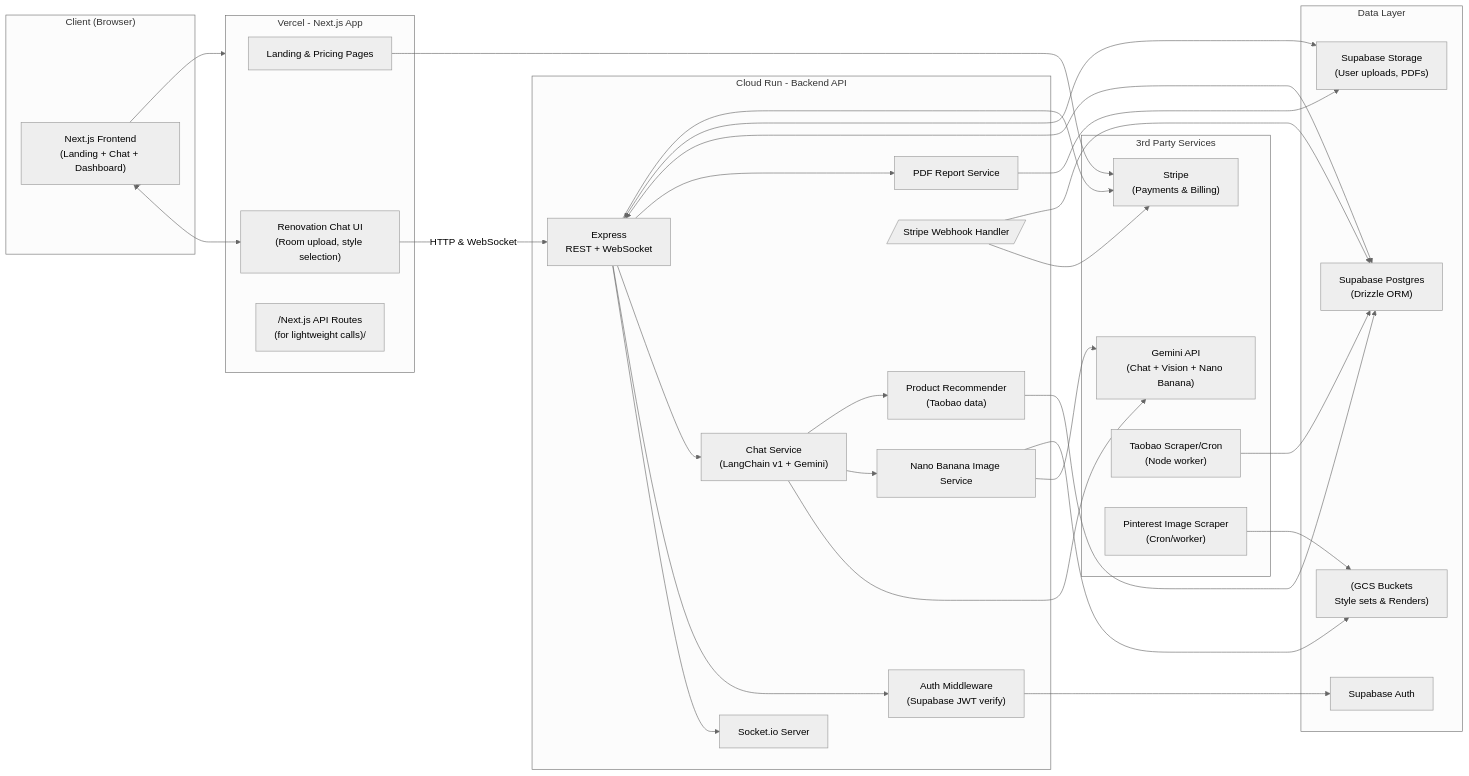
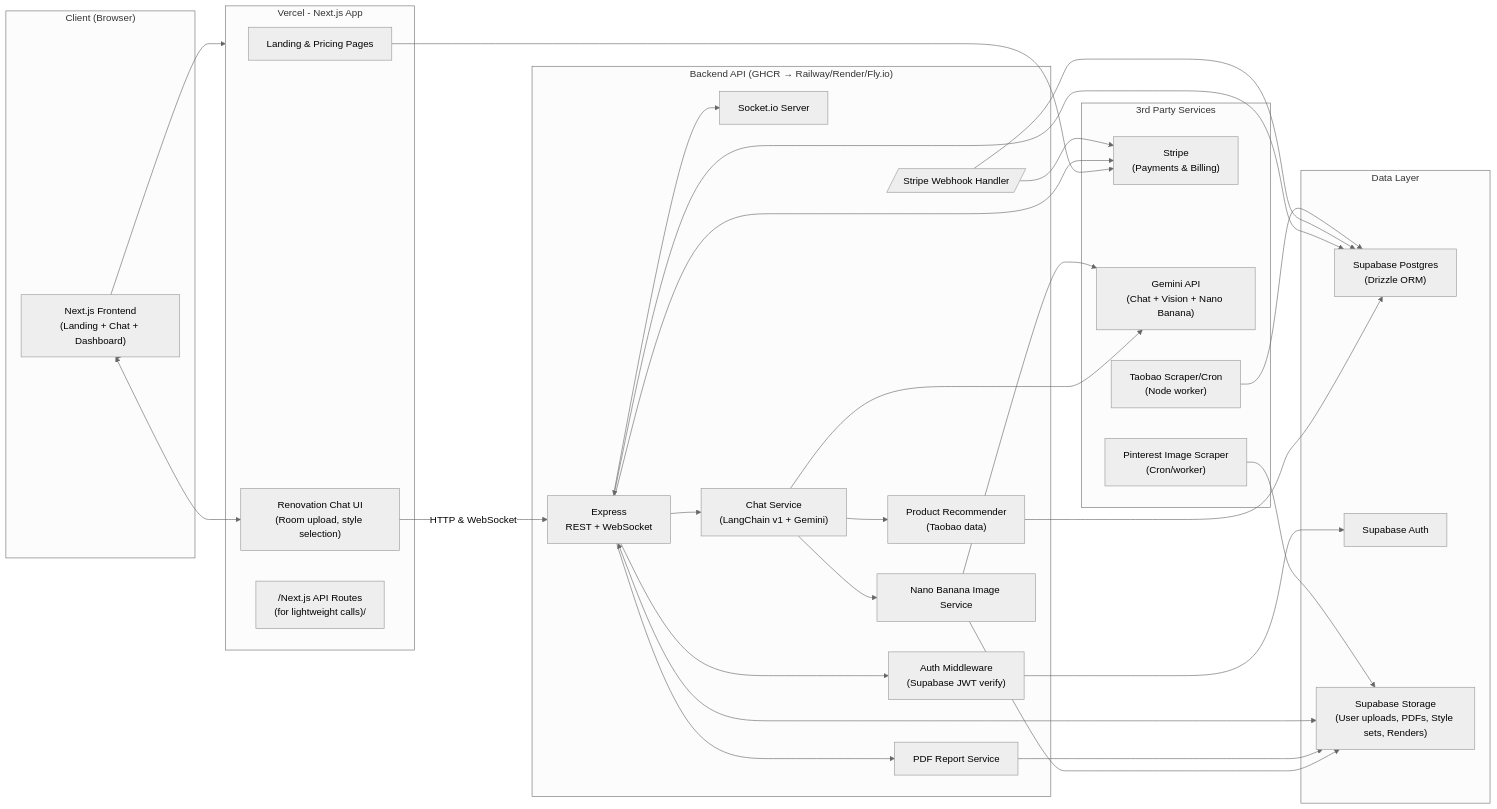
The first of 5 diagrams in docs/notion/Full System Architecture.md (songyinggoh/renovation-agent-monorepo), drawn with Mermaid (neutral theme) before and after one commit. The commit also changed other lines of this file and 15 other files, not shown here.

````diff
--- a/docs/notion/Full System Architecture.md
+++ b/docs/notion/Full System Architecture.md
@@ -22,70 +21,69 @@
 ```mermaid
 flowchart LR
   subgraph Client["Client (Browser)"]
     UI["Next.js Frontend</br>(Landing + Chat + Dashboard)"]
   end
 
   subgraph FE["Vercel - Next.js App"]
     Pages[Landing & Pricing Pages]
     ChatUI["Renovation Chat UI</br>(Room upload, style selection)"]
     FE_API["/Next.js API Routes</br>(for lightweight calls)/"]
   end
 
-  subgraph BE["Cloud Run - Backend API"]
+  subgraph BE["Backend API (GHCR → Railway/Render/Fly.io)"]
     APIGW["Express</br>REST + WebSocket"]
     Socket[Socket.io Server]
     AuthSvc["Auth Middleware</br>(Supabase JWT verify)"]
     ChatSvc["Chat Service</br>(LangChain v1 + Gemini)"]
     ImageSvc[Nano Banana Image Service]
     ReportSvc[PDF Report Service]
     ProductSvc["Product Recommender</br>(Taobao data)"]
     StripeWebhook[/Stripe Webhook Handler/]
   end
 
   subgraph Data["Data Layer"]
     SB["Supabase Postgres</br>(Drizzle ORM)"]
     SBAuth[Supabase Auth]
-    SBStorage["Supabase Storage</br>(User uploads, PDFs)"]
-    GCS["(GCS Buckets</br>Style sets & Renders)"]
+    SBStorage["Supabase Storage</br>(User uploads, PDFs, Style sets, Renders)"]
   end
 
   subgraph 3rd["3rd Party Services"]
     Stripe["Stripe</br>(Payments & Billing)"]
     Gemini["Gemini API</br>(Chat + Vision + Nano Banana)"]
     TaobaoAPI["Taobao Scraper/Cron</br>(Node worker)"]
     Pinterest["Pinterest Image Scraper</br>(Cron/worker)"]
   end
 
   Client --> UI
   UI --> FE
   UI <--> ChatUI
   ChatUI -->|HTTP & WebSocket| APIGW
   APIGW --> Socket
   APIGW --> AuthSvc
   AuthSvc --> SBAuth
 
   APIGW --> ChatSvc
   ChatSvc --> Gemini
 
   ChatSvc --> ImageSvc
   ImageSvc --> Gemini
-  ImageSvc --> GCS
+  ImageSvc --> SBStorage
 
   ChatSvc --> ProductSvc
   ProductSvc --> SB
 
   APIGW --> ReportSvc
   ReportSvc --> SBStorage
 
   APIGW <--> SB
   APIGW <--> SBStorage
 
   Pages --> Stripe
   APIGW --> Stripe
   StripeWebhook --> Stripe
   StripeWebhook --> SB
 
-  Pinterest --> GCS
+  Pinterest --> SBStorage
   TaobaoAPI --> SB
 
 ```
````
